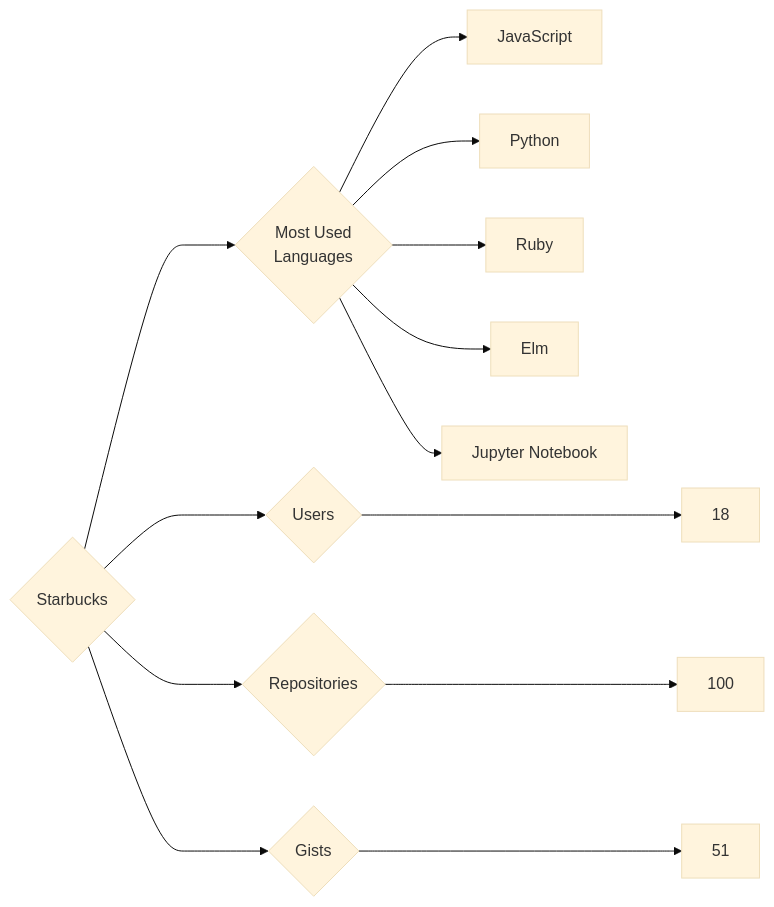
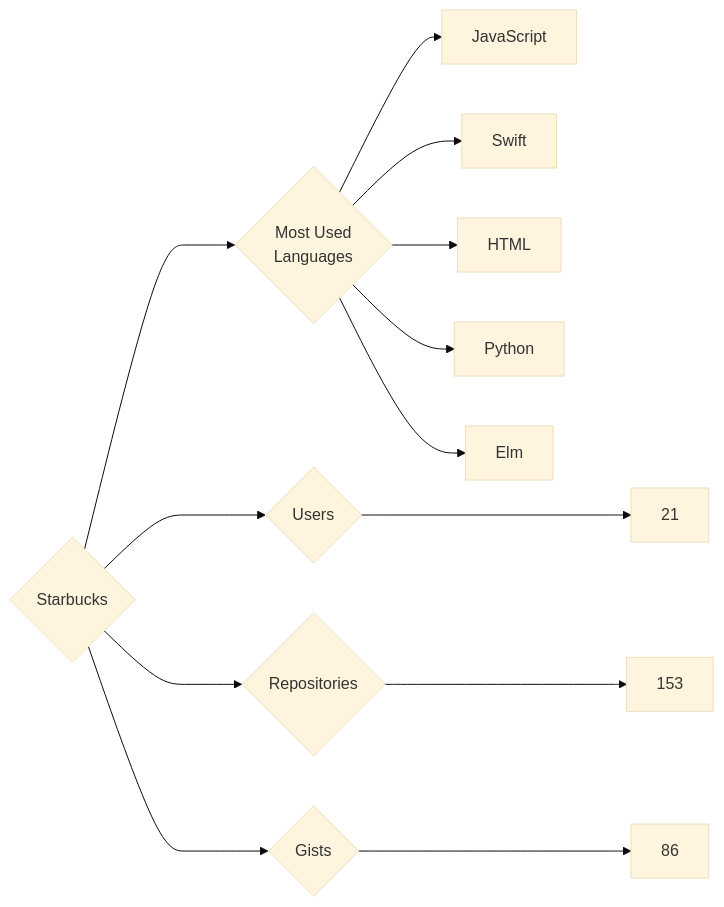
One commit to trickest/insiders changed the diagram in targets/Starbucks/README.md. Above: the diagram before and after it, drawn with Mermaid (base theme). The commit also changed 1011 other files, not shown here.

````diff
--- a/targets/Starbucks/README.md
+++ b/targets/Starbucks/README.md
@@ -3,13 +3,13 @@
 ```mermaid
 graph LR
 COMPANY_NAME{Starbucks}
-COMPANY_NAME ---> U{Users} ---> UN[18]
-COMPANY_NAME ---> R{Repositories} ---> RN[100]
-COMPANY_NAME ---> G{Gists} ---> GN[51]
+COMPANY_NAME ---> U{Users} ---> UN[21]
+COMPANY_NAME ---> R{Repositories} ---> RN[153]
+COMPANY_NAME ---> G{Gists} ---> GN[86]
 COMPANY_NAME ---> ML{Most Used<br>Languages}
 ML --> JavaScript[JavaScript]
+ML --> Swift[Swift]
+ML --> HTML[HTML]
 ML --> Python[Python]
-ML --> Ruby[Ruby]
 ML --> Elm[Elm]
-ML --> Jupyter_Notebook[Jupyter Notebook]
 ```
````
